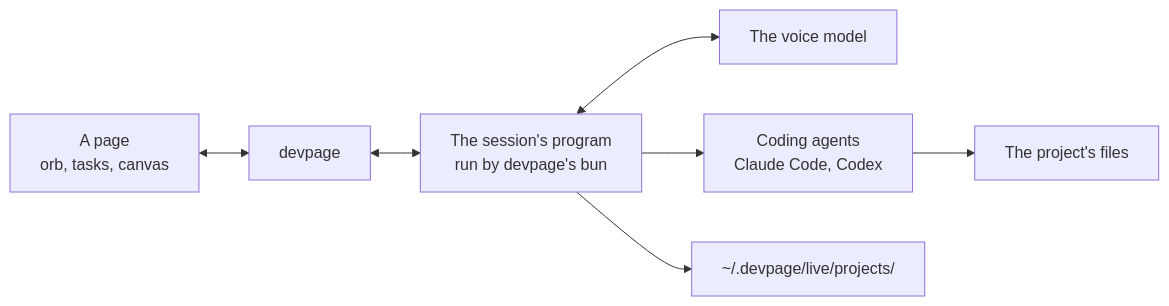
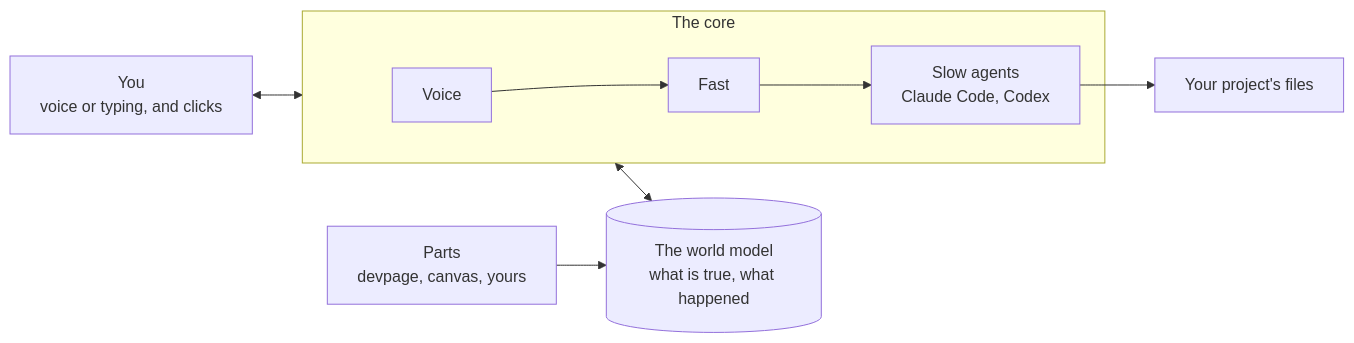
Before and after one commit to andrei512/devpage: the diagram in docs/boxes/viewer/live-session/README.md, drawn with Mermaid. The commit also changed other lines of this file and 117 other files, not shown here.

First line of the commit message:
Compose the live prompts from parts, and make Voice and Fast one partner

````diff
--- a/docs/boxes/viewer/live-session/README.md
+++ b/docs/boxes/viewer/live-session/README.md
@@ -14,13 +13,14 @@
 ```mermaid
 flowchart LR
-  page["A page<br/>orb, tasks, canvas"] <--> devpage["devpage"]
-  devpage <--> program["The session's program<br/>run by devpage's bun"]
-  program <--> voice["The voice model"]
-  program --> agents["Coding agents<br/>Claude Code, Codex"]
-  agents --> project["The project's files"]
-  program --> data["~/.devpage/live/projects/"]
-  click devpage href "#when-it-is-on" "When it is on"
-  click program href "#the-program" "The program"
-  click page href "#what-a-page-shows" "What a page shows"
-  click data href "#where-a-session-is-kept" "Where a session is kept"
+  you["You<br/>voice or typing, and clicks"] <--> core
+  subgraph core["The core"]
+    voice["Voice"] --> fast["Fast"]
+    fast --> slow["Slow agents<br/>Claude Code, Codex"]
+  end
+  core <--> model[("The world model<br/>what is true, what happened")]
+  parts["Parts<br/>devpage, canvas, yours"] --> model
+  slow --> project["Your project's files"]
+  click core href "./core/README.md" "The core"
+  click model href "./world-model/README.md" "The world model"
+  click parts href "./extend/README.md" "Extend it"
 ```
````
